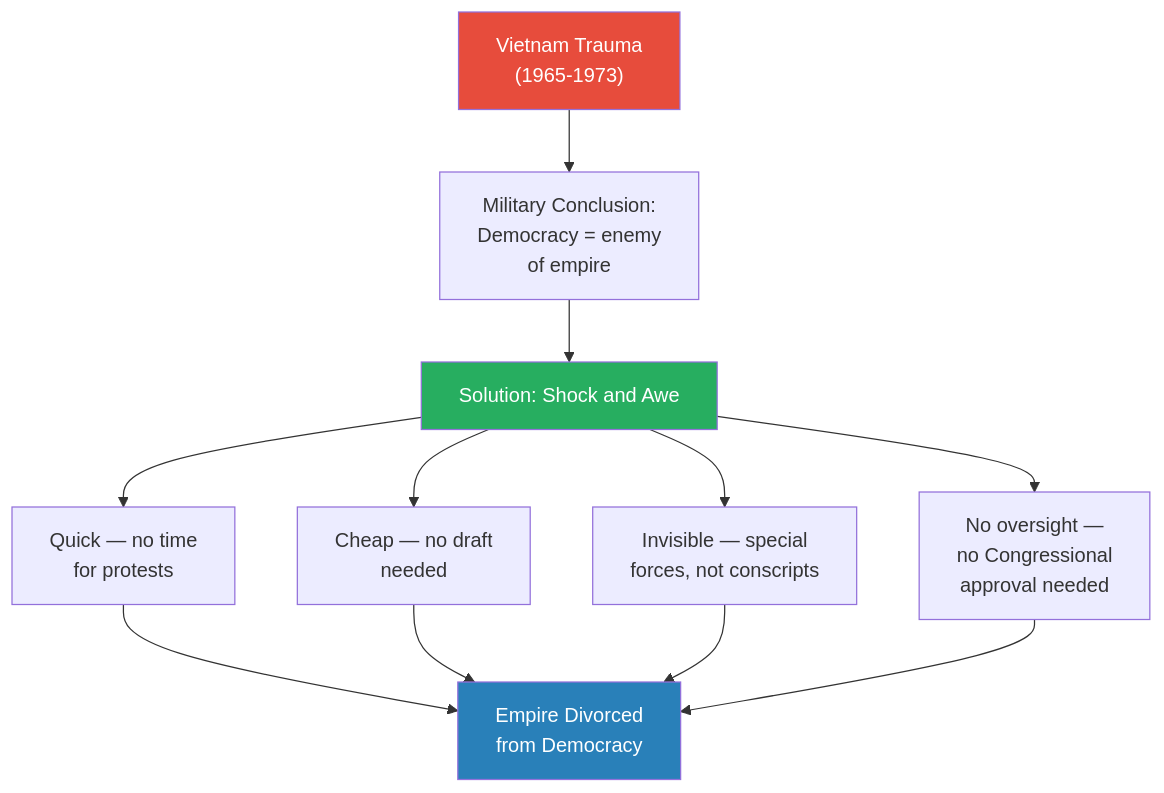
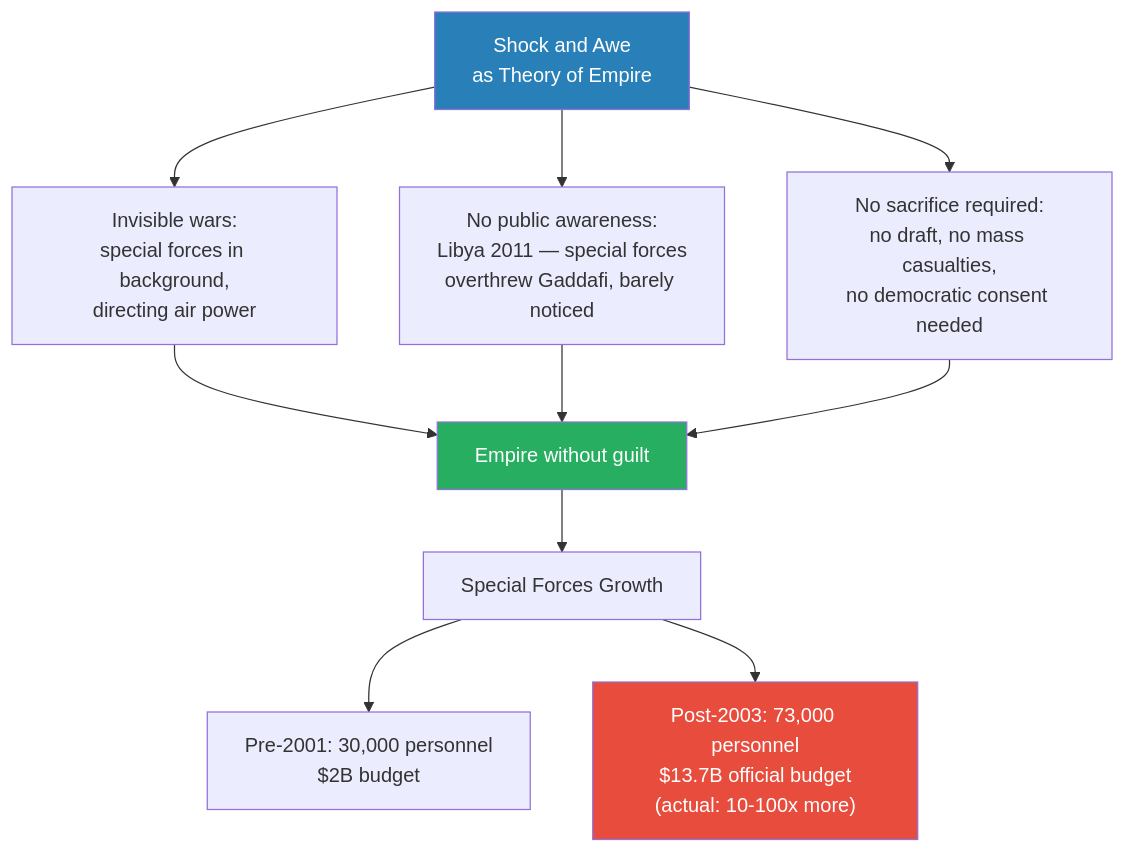
The fourth of 7 diagrams in summaries/Lectures/Geo-Strategy/06 - America's Imperial Hubris.md (alius33/reader), drawn with Mermaid before and after one commit. The commit also changed other lines of this file and 26 other files, not shown here.

````diff
--- a/summaries/Lectures/Geo-Strategy/06 - America's Imperial Hubris.md
+++ b/summaries/Lectures/Geo-Strategy/06 - America's Imperial Hubris.md
@@ -325,16 +205,16 @@
 ```mermaid
 flowchart TB
-    V["Vietnam Trauma<br/>(1965-1973)"] --> C["Military Conclusion:<br/>Democracy = enemy<br/>of empire"]
-    C --> SA["Solution: Shock and Awe"]
-    SA --> P1["Quick — no time<br/>for protests"]
-    SA --> P2["Cheap — no draft<br/>needed"]
-    SA --> P3["Invisible — special<br/>forces, not conscripts"]
-    SA --> P4["No oversight —<br/>no Congressional<br/>approval needed"]
-    P1 --> E["Empire Divorced<br/>from Democracy"]
-    P2 --> E
-    P3 --> E
-    P4 --> E
-    style V fill:#e74c3c,color:#fff
-    style E fill:#2980b9,color:#fff
-    style SA fill:#27ae60,color:#fff
+    SA["Shock and Awe<br/>as Theory of Empire"]
+    SA --> V1["Invisible wars:<br/>special forces in background,<br/>directing air power"]
+    SA --> V2["No public awareness:<br/>Libya 2011 — special forces<br/>overthrew Gaddafi, barely noticed"]
+    SA --> V3["No sacrifice required:<br/>no draft, no mass casualties,<br/>no democratic consent needed"]
+    V1 --> E["Empire without guilt"]
+    V2 --> E
+    V3 --> E
+    E --> SF["Special Forces Growth"]
+    SF --> N1["Pre-2001: 30,000 personnel<br/>$2B budget"]
+    SF --> N2["Post-2003: 73,000 personnel<br/>$13.7B official budget<br/>(actual: 10-100x more)"]
+    style SA fill:#2980b9,color:#fff
+    style E fill:#27ae60,color:#fff
+    style N2 fill:#e74c3c,color:#fff
 ```
````
